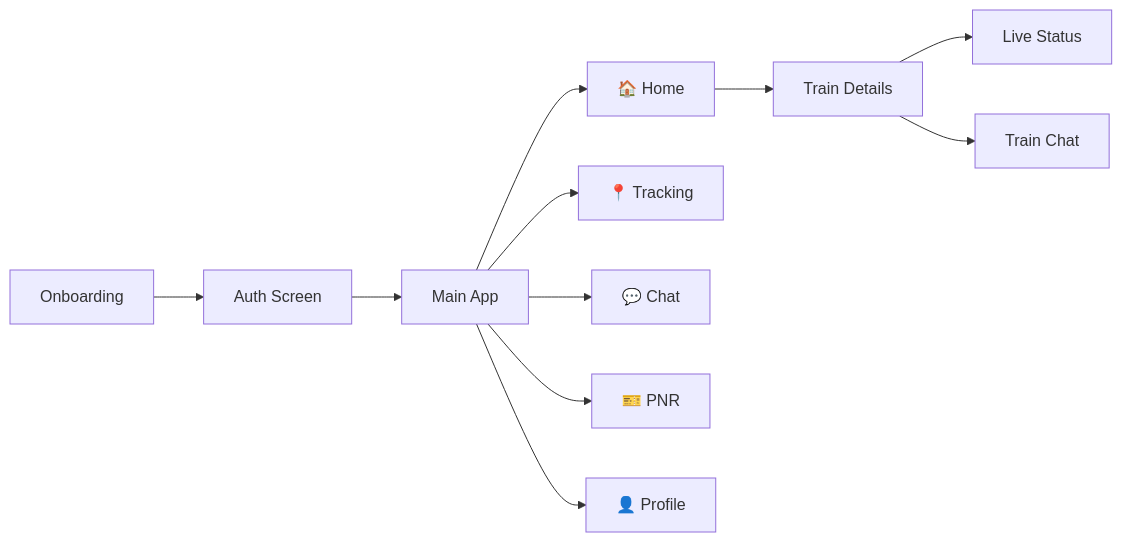
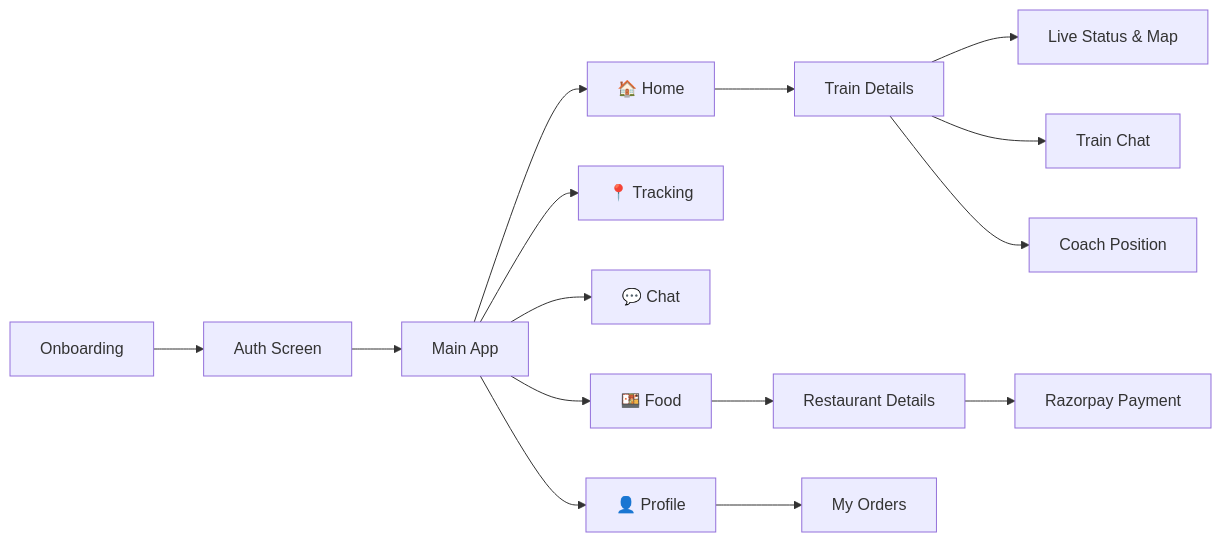
The diagram in README.md (Praful2604/Rail-Live), drawn with Mermaid before and after one commit. The commit also changed other lines of this file and 43 other files, not shown here.

````diff
--- a/README.md
+++ b/README.md
@@ -72,13 +78,17 @@
 ```mermaid
 flowchart LR
     A[Onboarding] --> B[Auth Screen]
     B --> C[Main App]
     C --> D[🏠 Home]
     C --> E[📍 Tracking]
     C --> F[💬 Chat]
-    C --> G[🎫 PNR]
+    C --> G[🍱 Food]
     C --> H[👤 Profile]
     D --> I[Train Details]
-    I --> J[Live Status]
+    I --> J[Live Status & Map]
     I --> K[Train Chat]
+    I --> N[Coach Position]
+    G --> L[Restaurant Details]
+    L --> M[Razorpay Payment]
+    H --> O[My Orders]
 ```
````
